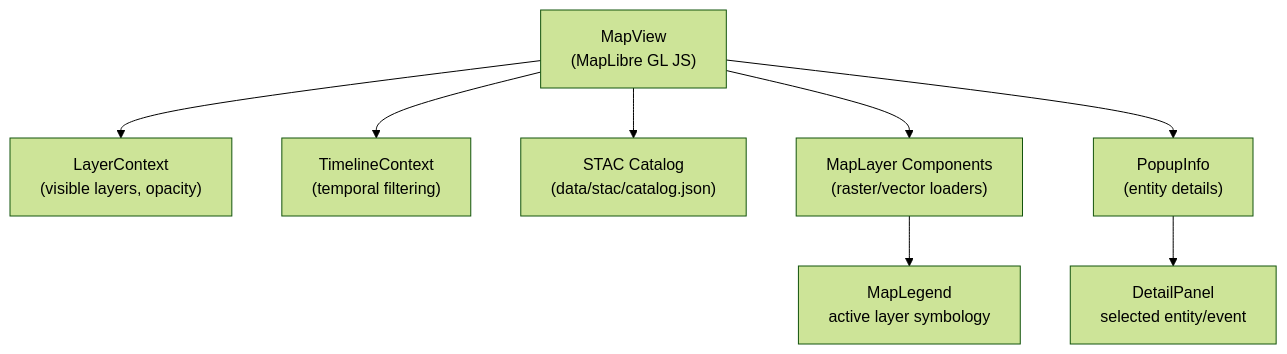
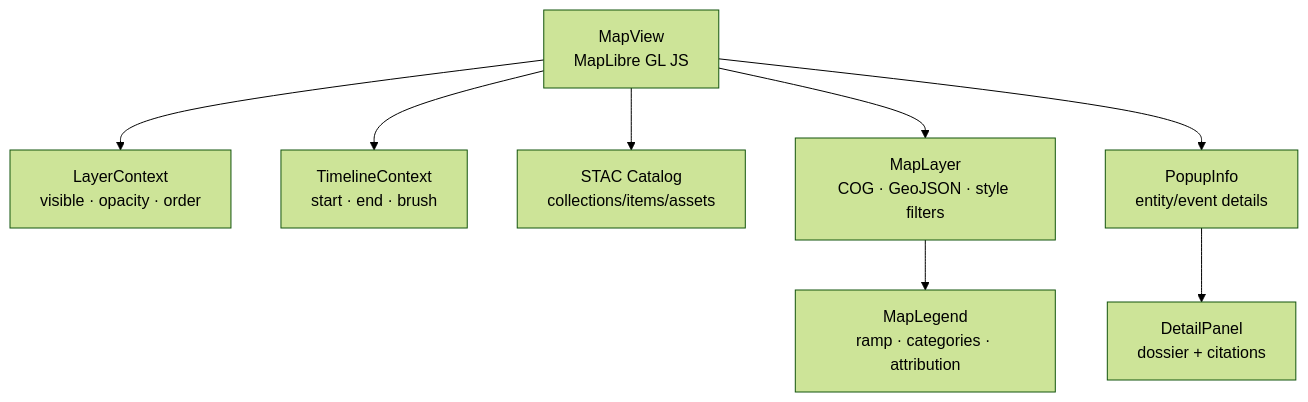
Before and after one commit to bartytime4life/Kansas-Frontier-Matrix: the first of 2 diagrams in web/src/components/MapView/README.md, drawn with Mermaid (forest theme). The commit also changed other lines of this file, not shown here.

First line of the commit message:
Revise README for MapView component

````diff
--- a/web/src/components/MapView/README.md
+++ b/web/src/components/MapView/README.md
@@ -65,11 +44,11 @@
 ```mermaid
 flowchart TD
-  M["MapView<br/>(MapLibre GL JS)"] --> C["LayerContext<br/>(visible layers, opacity)"]
-  M --> T["TimelineContext<br/>(temporal filtering)"]
-  M --> STAC["STAC Catalog<br/>(data/stac/catalog.json)"]
-  M --> ML["MapLayer Components<br/>(raster/vector loaders)"]
-  M --> POP["PopupInfo<br/>(entity details)"]
-  ML --> LEG["MapLegend<br/>active layer symbology"]
-  POP --> DP["DetailPanel<br/>selected entity/event"]
+  MV["MapView<br/>MapLibre GL JS"] --> LCTX["LayerContext<br/>visible · opacity · order"]
+  MV --> TLX["TimelineContext<br/>start · end · brush"]
+  MV --> STAC["STAC Catalog<br/>collections/items/assets"]
+  MV --> ML["MapLayer<br/>COG · GeoJSON · style filters"]
+  MV --> POP["PopupInfo<br/>entity/event details"]
+  ML --> LEG["MapLegend<br/>ramp · categories · attribution"]
+  POP --> DP["DetailPanel<br/>dossier + citations"]
 %% END OF MERMAID
 ```
````
